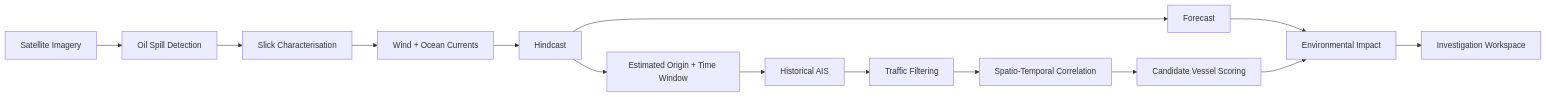
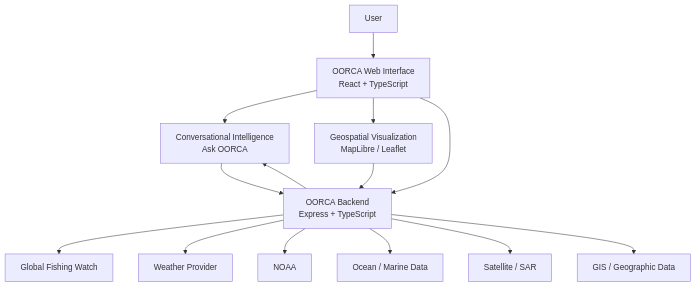
One commit to Noxzi59/oorca_v0 changed the diagram in README.md. Above: the diagram before and after it, drawn with Mermaid. The commit also changed other lines of this file, not shown here.

````diff
--- a/README.md
+++ b/README.md
@@ -99,22 +550,38 @@
 ``` mermaid
-flowchart LR
-    A["Satellite Imagery"] --> B["Oil Spill Detection"]
-    B --> C["Slick Characterisation"]
+flowchart TB
 
-    C --> D["Wind + Ocean Currents"]
-    D --> E["Hindcast"]
+    U["User"]
 
-    E --> F["Estimated Origin + Time Window"]
-    E --> G["Forecast"]
+    UI["OORCA Web Interface<br/>React + TypeScript"]
 
-    F --> H["Historical AIS"]
-    H --> I["Traffic Filtering"]
+    AI["Conversational Intelligence<br/>Ask OORCA"]
 
-    I --> J["Spatio-Temporal Correlation"]
-    J --> K["Candidate Vessel Scoring"]
+    MAP["Geospatial Visualization<br/>MapLibre / Leaflet"]
 
-    G --> L["Environmental Impact"]
-    K --> L
+    API["OORCA Backend<br/>Express + TypeScript"]
 
-    L --> M["Investigation Workspace"]
+    GFW["Global Fishing Watch"]
+    WX["Weather Provider"]
+    NOAA["NOAA"]
+    OCEAN["Ocean / Marine Data"]
+    SAT["Satellite / SAR"]
+    GIS["GIS / Geographic Data"]
+
+    U --> UI
+
+    UI --> AI
+    UI --> MAP
+    UI --> API
+
+    API --> GFW
+    API --> WX
+    API --> NOAA
+    API --> OCEAN
+    API --> SAT
+    API --> GIS
+
+    AI --> API
+    API --> AI
+
+    MAP --> API
 ```
````
